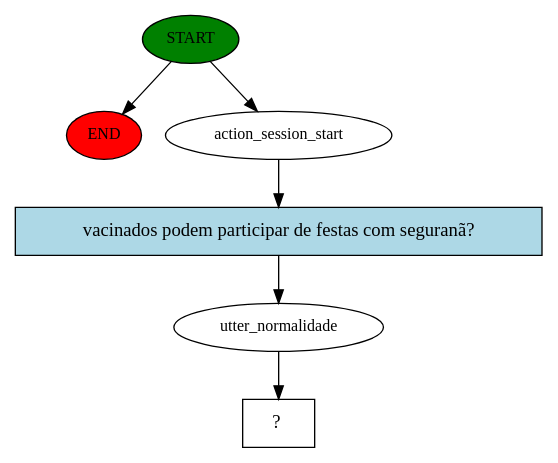
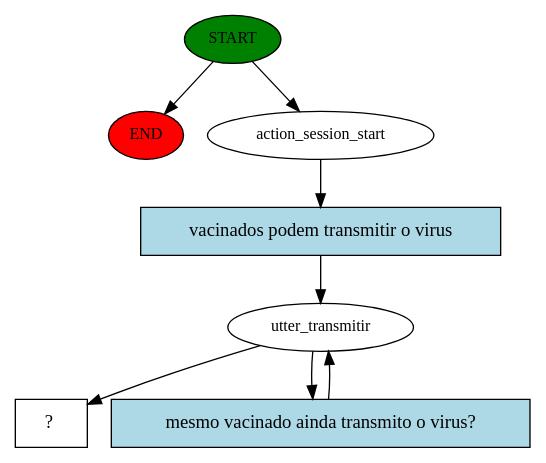
The diagram in story_graph.dot (marcelosprogrammer/projetomestradorasa), drawn with Graphviz before and after one commit. The commit also changed 4 other files, not shown here.

```diff
--- a/story_graph.dot
+++ b/story_graph.dot
@@ -1,13 +1,16 @@
 digraph  {
 0 [class="start active", fillcolor=green, fontsize=12, label=START, style=filled];
 "-1" [class=end, fillcolor=red, fontsize=12, label=END, style=filled];
 1 [class=active, fontsize=12, label=action_session_start];
-2 [class=active, fontsize=12, label=utter_normalidade];
-3 [class="intent dashed active", label="  ?  ", shape=rect];
-4 [class="intent active", fillcolor=lightblue, label="vacinados podem participar de festas com seguranã?", shape=rect, style=filled];
+2 [class=active, fontsize=12, label=utter_transmitir];
+5 [class="intent dashed active", label="  ?  ", shape=rect];
+6 [class="intent active", fillcolor=lightblue, label="vacinados podem transmitir o virus", shape=rect, style=filled];
+7 [class="intent active", fillcolor=lightblue, label="mesmo vacinado ainda transmito o virus?", shape=rect, style=filled];
 0 -> "-1"  [class="", key=NONE, label=""];
 0 -> 1  [class=active, key=NONE, label=""];
-1 -> 4  [class=active, key=0];
-2 -> 3  [class=active, key=NONE, label=""];
-4 -> 2  [class=active, key=0];
+1 -> 6  [class=active, key=0];
+2 -> 5  [class=active, key=NONE, label=""];
+2 -> 7  [class=active, key=0];
+6 -> 2  [class=active, key=0];
+7 -> 2  [class=active, key=0];
 }
```
